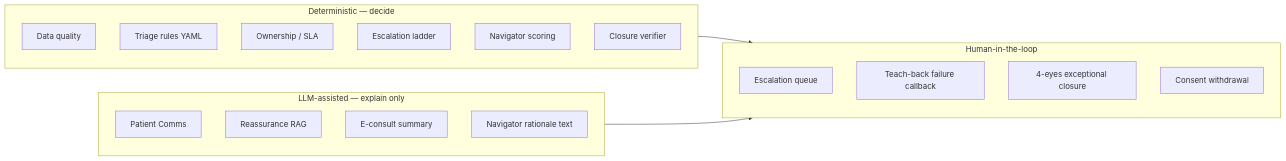
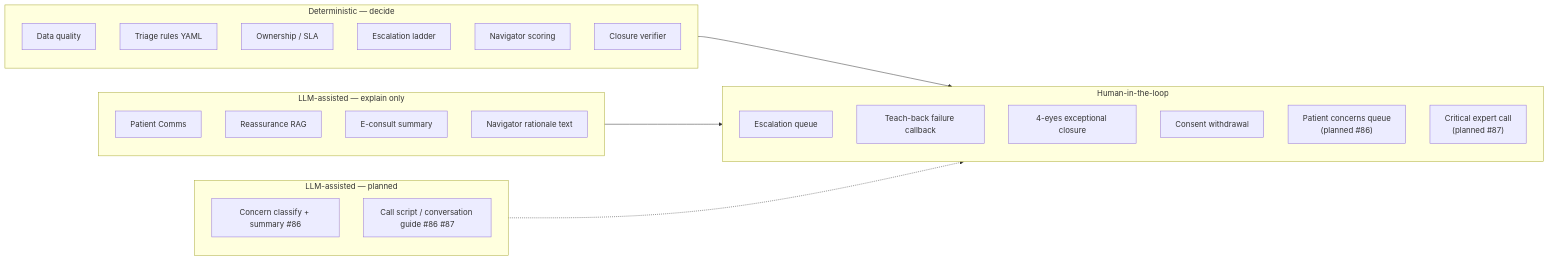
Before and after one commit to suhail39ahmed/rabt-care-loop: the third of 7 diagrams in docs/architecture.md, drawn with Mermaid. The commit also changed other lines of this file and 9 other files, not shown here.

Commit message:
docs: HITL playbook, concern and expert-call loop, eventing today vs pilot (#91)

````diff
--- a/docs/architecture.md
+++ b/docs/architecture.md
@@ -125,28 +128,36 @@
 ```mermaid
 flowchart LR
   subgraph DET["Deterministic — decide"]
     DQ[Data quality]
     TR[Triage rules YAML]
     OW[Ownership / SLA]
     ESC[Escalation ladder]
     NAV[Navigator scoring]
     CL[Closure verifier]
   end
 
   subgraph LLM["LLM-assisted — explain only"]
     CM[Patient Comms]
     RE[Reassurance RAG]
     EC[E-consult summary]
     NR[Navigator rationale text]
   end
 
   subgraph HUMAN["Human-in-the-loop"]
     Q[Escalation queue]
     TB[Teach-back failure callback]
     FY[4-eyes exceptional closure]
     CN[Consent withdrawal]
+    CQ["Patient concerns queue<br/>(planned #86)"]
+    XC["Critical expert call<br/>(planned #87)"]
+  end
+
+  subgraph PLAN["LLM-assisted — planned"]
+    CA["Concern classify + summary #86"]
+    CS2["Call script / conversation guide #86 #87"]
   end
 
   DET --> HUMAN
   LLM --> HUMAN
+  PLAN -.-> HUMAN
 ```
````
